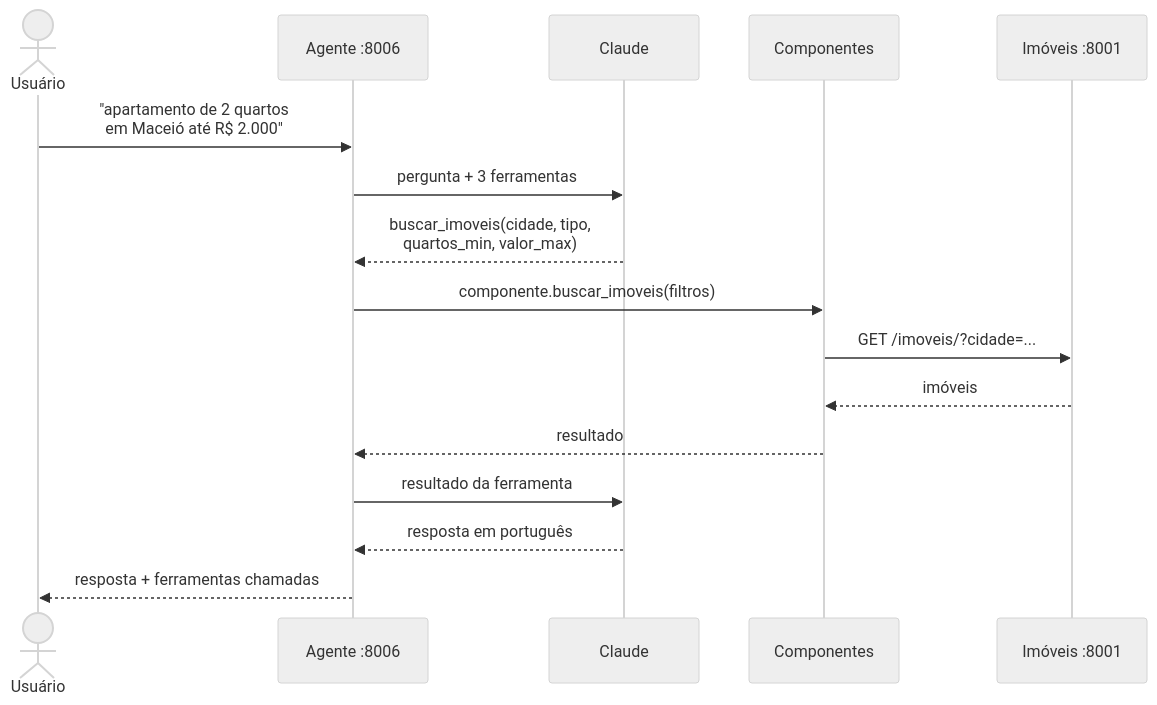
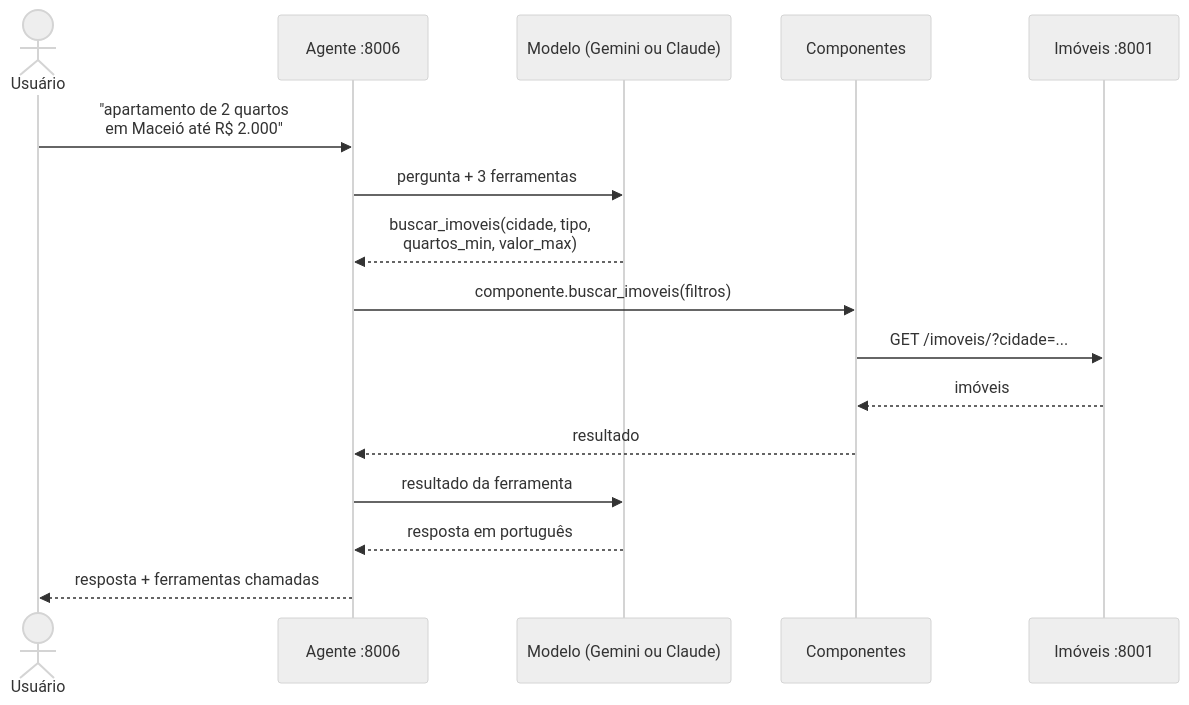
The second of 3 diagrams in diagramas/5_agente.md (3runorocha/ECOM021-eng-de-software), drawn with Mermaid (neutral theme) before and after one commit. The commit also changed other lines of this file and 20 other files, not shown here.

First line of the commit message:
Agente com Gemini ou Claude, escolhido pelo ambiente

````diff
--- a/diagramas/5_agente.md
+++ b/diagramas/5_agente.md
@@ -42,19 +42,19 @@
 ```mermaid
 sequenceDiagram
     actor U as Usuário
     participant A as Agente :8006
-    participant M as Claude
+    participant M as Modelo (Gemini ou Claude)
     participant C as Componentes
     participant I as Imóveis :8001
 
     U->>A: "apartamento de 2 quartos<br/>em Maceió até R$ 2.000"
     A->>M: pergunta + 3 ferramentas
     M-->>A: buscar_imoveis(cidade, tipo,<br/>quartos_min, valor_max)
     A->>C: componente.buscar_imoveis(filtros)
     C->>I: GET /imoveis/?cidade=...
     I-->>C: imóveis
     C-->>A: resultado
     A->>M: resultado da ferramenta
     M-->>A: resposta em português
     A-->>U: resposta + ferramentas chamadas
 ```
````
